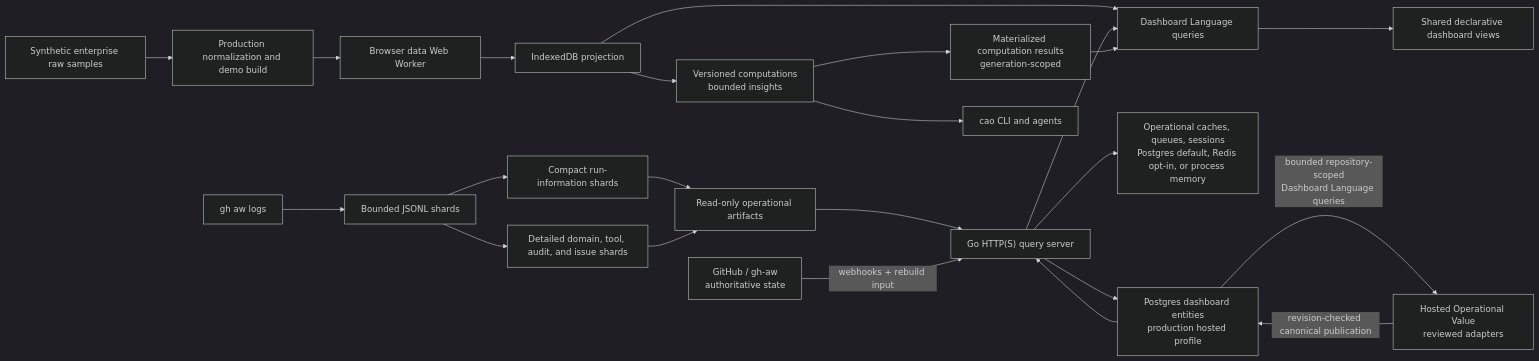
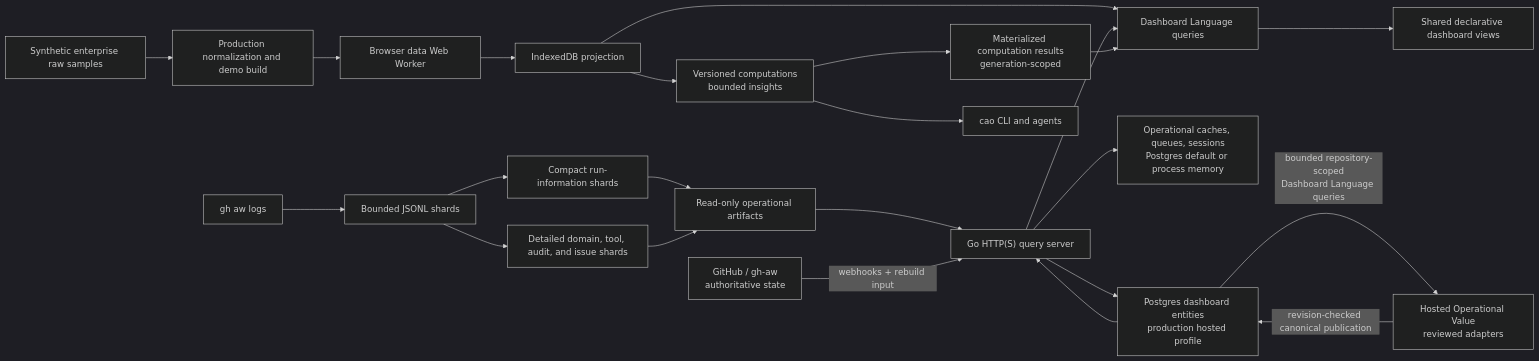
One commit to githubnext/gh-cao changed the second of 2 diagrams in ARCHITECTURE.md. Above: the diagram before and after it, drawn with Mermaid (dark theme). The commit also changed other lines of this file and 255 other files, not shown here.

````diff
--- a/ARCHITECTURE.md
+++ b/ARCHITECTURE.md
@@ -176,40 +176,40 @@
 ```mermaid
 flowchart LR
     Logs["gh aw logs"]
     Shards["Bounded JSONL shards"]
     Runs["Compact run-information shards"]
     Records["Detailed domain, tool, audit, and issue shards"]
     Publisher["Read-only operational artifacts"]
     Sample["Synthetic enterprise raw samples"]
     Normalize["Production normalization and demo build"]
     Worker["Browser data Web Worker"]
     IndexedDB["IndexedDB projection"]
     Postgres["Postgres dashboard entities<br/>production hosted profile"]
-    Redis["Operational caches, queues, sessions<br/>Postgres default, Redis opt-in, or process memory"]
+    Operational["Operational caches, queues, sessions<br/>Postgres default or process memory"]
     Query["Dashboard Language queries"]
     GoServer["Go HTTP(S) query server"]
     GitHub["GitHub / gh-aw<br/>authoritative state"]
     Compute["Versioned computations<br/>bounded insights"]
     HostedValue["Hosted Operational Value<br/>reviewed adapters"]
     Results["Materialized computation results<br/>generation-scoped"]
     UI["Shared declarative dashboard views"]
     CLI["cao CLI and agents"]
 
     Logs --> Shards
     Shards --> Runs
     Shards --> Records
     Runs --> Publisher
     Records --> Publisher
     Sample --> Normalize --> Worker
     Worker --> IndexedDB
     IndexedDB --> Query
     Publisher --> GoServer --> Postgres
     GitHub -->|"webhooks + rebuild input"| GoServer
-    GoServer --> Redis
+    GoServer --> Operational
     Postgres --> GoServer --> Query
     IndexedDB --> Compute --> Results --> Query
     Postgres -->|"bounded repository-scoped<br/>Dashboard Language queries"| HostedValue
     HostedValue -->|"revision-checked canonical publication"| Postgres
     Query --> UI
     Compute --> CLI
 ```
````
